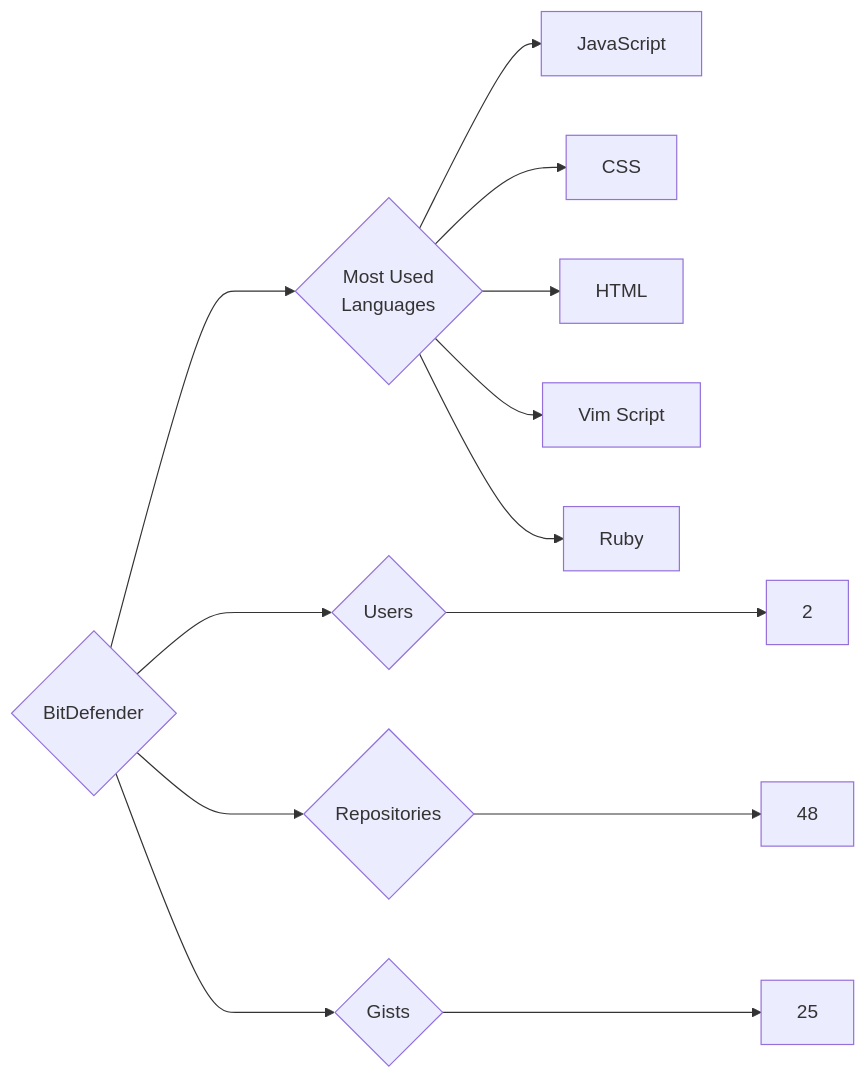
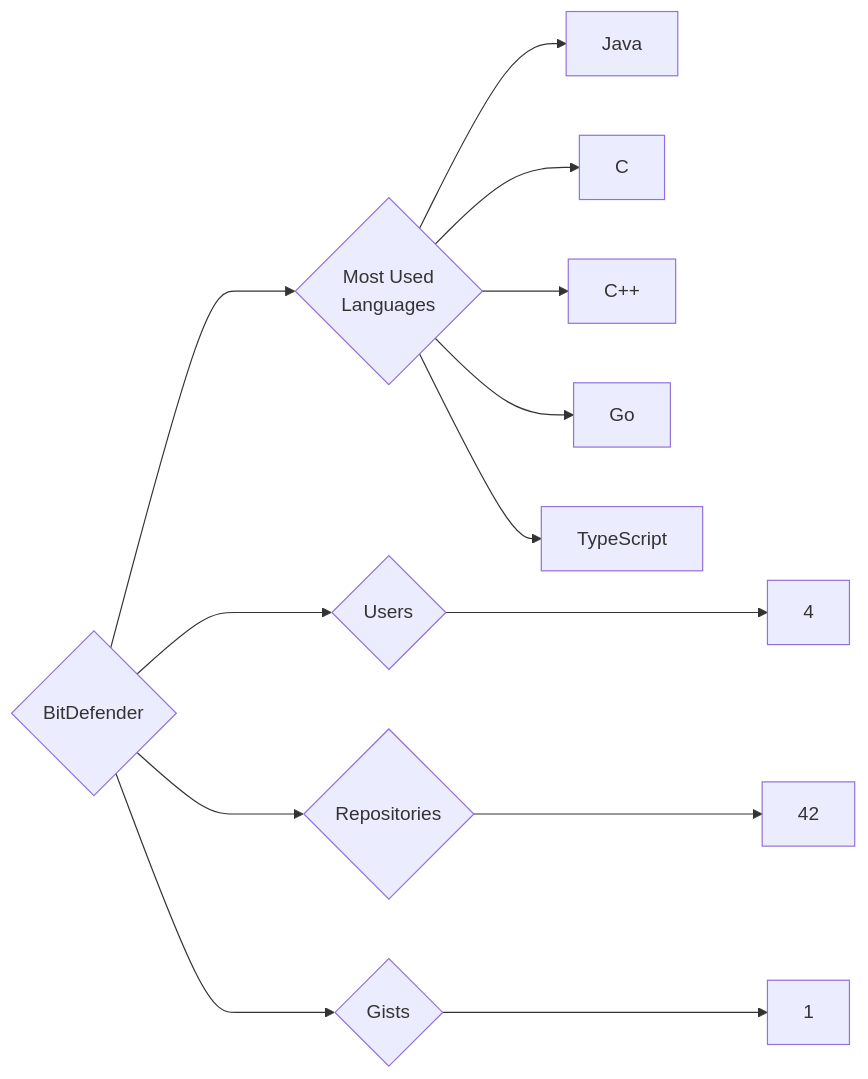
Before and after one commit to trickest/insiders: the diagram in targets/BitDefender/README.md, drawn with Mermaid. The commit also changed 1170 other files, not shown here.

````diff
--- a/targets/BitDefender/README.md
+++ b/targets/BitDefender/README.md
@@ -3,13 +3,13 @@
 ```mermaid
 graph LR
 COMPANY_NAME{BitDefender}
-COMPANY_NAME ---> U{Users} ---> UN[2]
-COMPANY_NAME ---> R{Repositories} ---> RN[48]
-COMPANY_NAME ---> G{Gists} ---> GN[25]
+COMPANY_NAME ---> U{Users} ---> UN[4]
+COMPANY_NAME ---> R{Repositories} ---> RN[42]
+COMPANY_NAME ---> G{Gists} ---> GN[1]
 COMPANY_NAME ---> ML{Most Used<br>Languages}
-ML --> JavaScript[JavaScript]
-ML --> CSS[CSS]
-ML --> HTML[HTML]
-ML --> Vim_Script[Vim Script]
-ML --> Ruby[Ruby]
+ML --> Java[Java]
+ML --> C[C]
+ML --> C++[C++]
+ML --> Go[Go]
+ML --> TypeScript[TypeScript]
 ```
````
